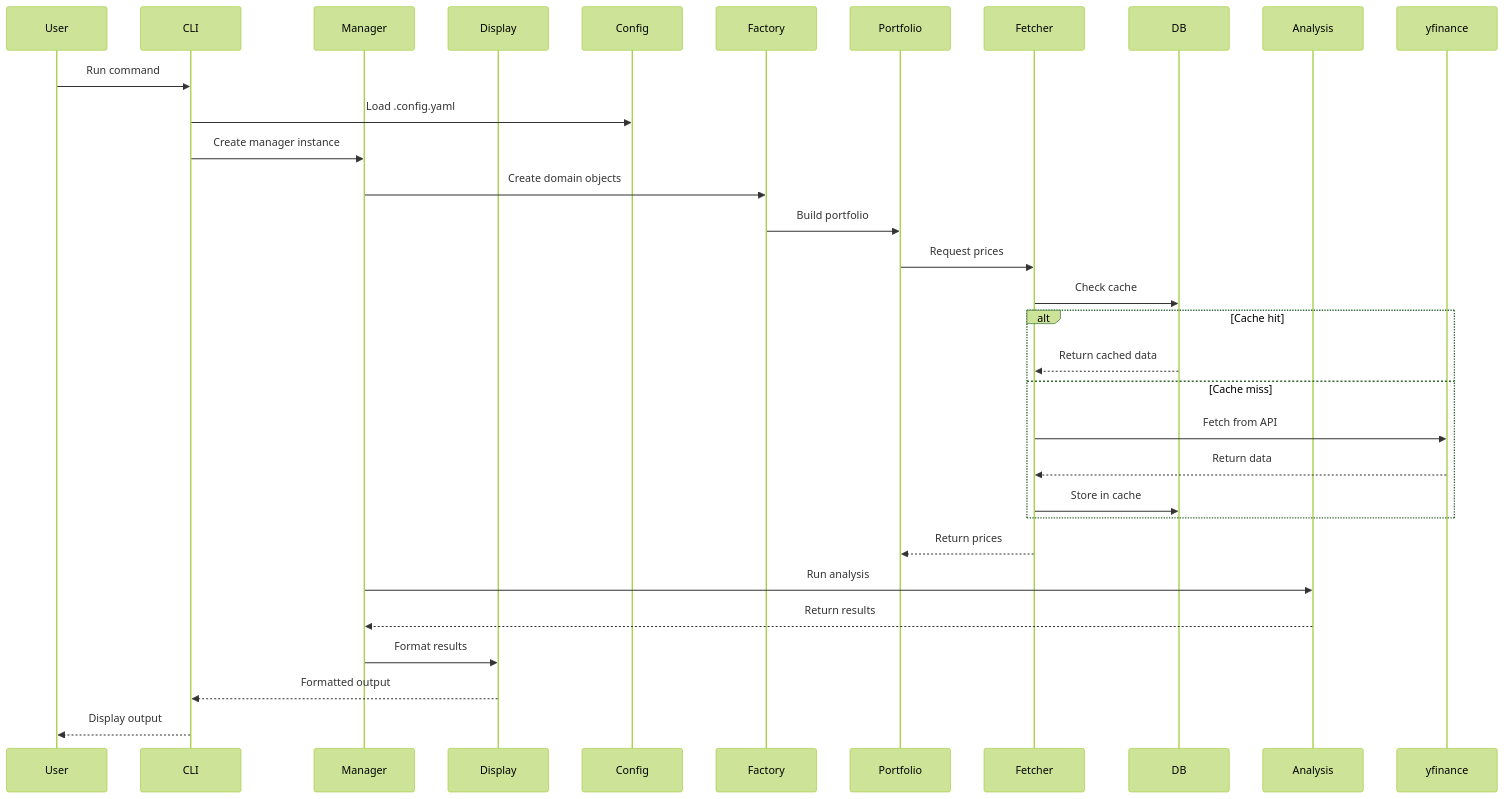
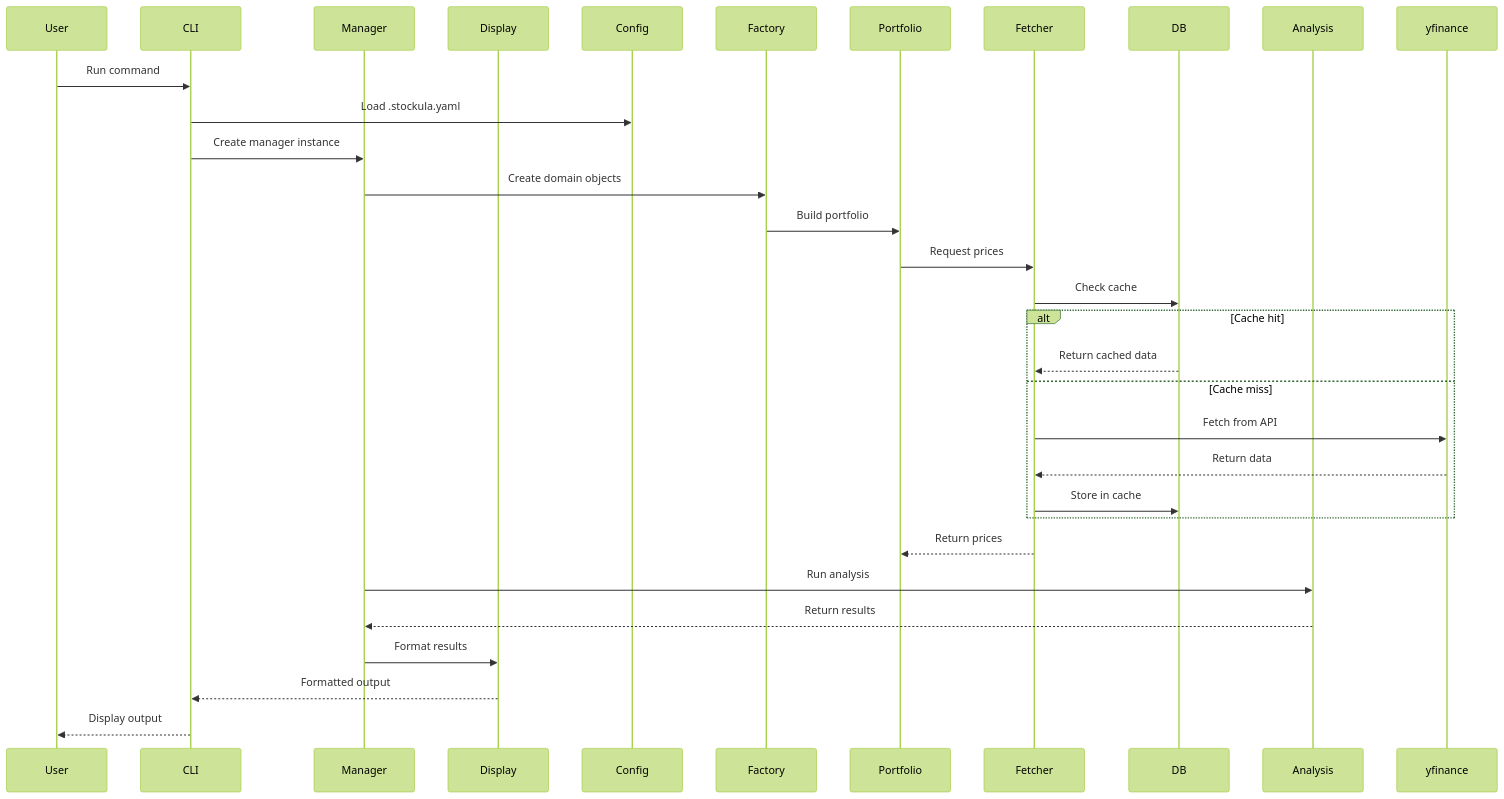
The second of 2 diagrams in docs/user-guide/architecture.md (mkm29/stockula), drawn with Mermaid (forest theme) before and after one commit. The commit also changed other lines of this file and 92 other files, not shown here.

````diff
--- a/docs/user-guide/architecture.md
+++ b/docs/user-guide/architecture.md
@@ -115,34 +115,34 @@
 ```mermaid
 sequenceDiagram
     participant User
     participant CLI
     participant Manager
     participant Display
     participant Config
     participant Factory
     participant Portfolio
     participant Fetcher
     participant DB
     participant Analysis
 
     User->>CLI: Run command
-    CLI->>Config: Load .config.yaml
+    CLI->>Config: Load .stockula.yaml
     CLI->>Manager: Create manager instance
     Manager->>Factory: Create domain objects
     Factory->>Portfolio: Build portfolio
     Portfolio->>Fetcher: Request prices
     Fetcher->>DB: Check cache
     alt Cache hit
         DB-->>Fetcher: Return cached data
     else Cache miss
         Fetcher->>yfinance: Fetch from API
         yfinance-->>Fetcher: Return data
         Fetcher->>DB: Store in cache
     end
     Fetcher-->>Portfolio: Return prices
     Manager->>Analysis: Run analysis
     Analysis-->>Manager: Return results
     Manager->>Display: Format results
     Display-->>CLI: Formatted output
     CLI-->>User: Display output
 ```
````
